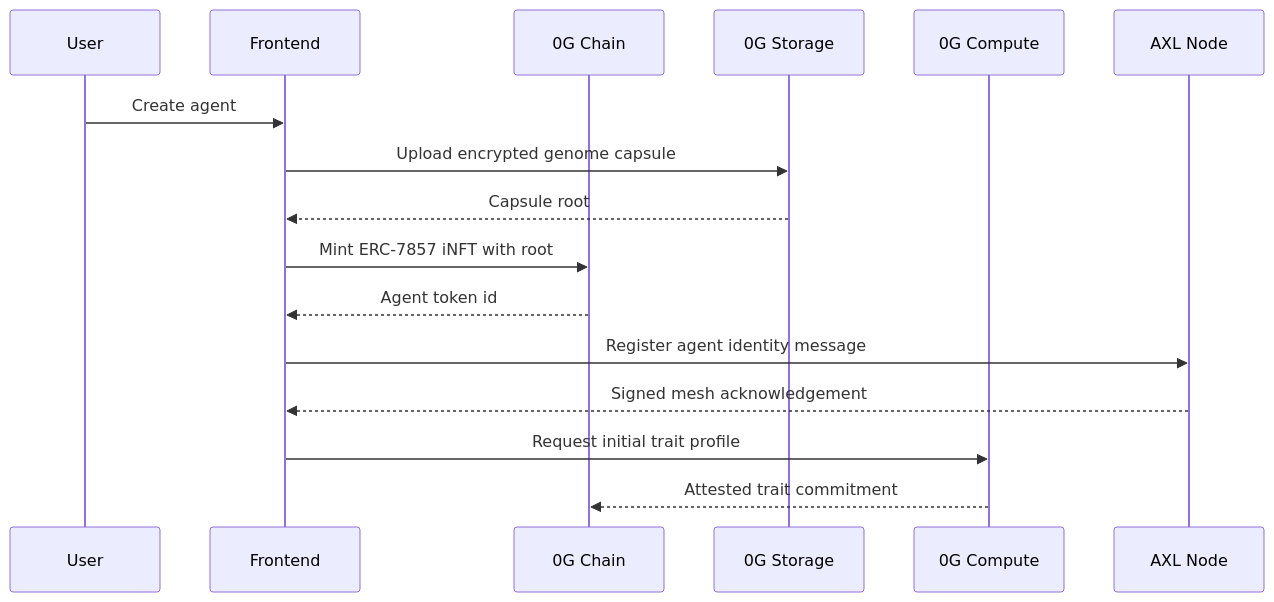
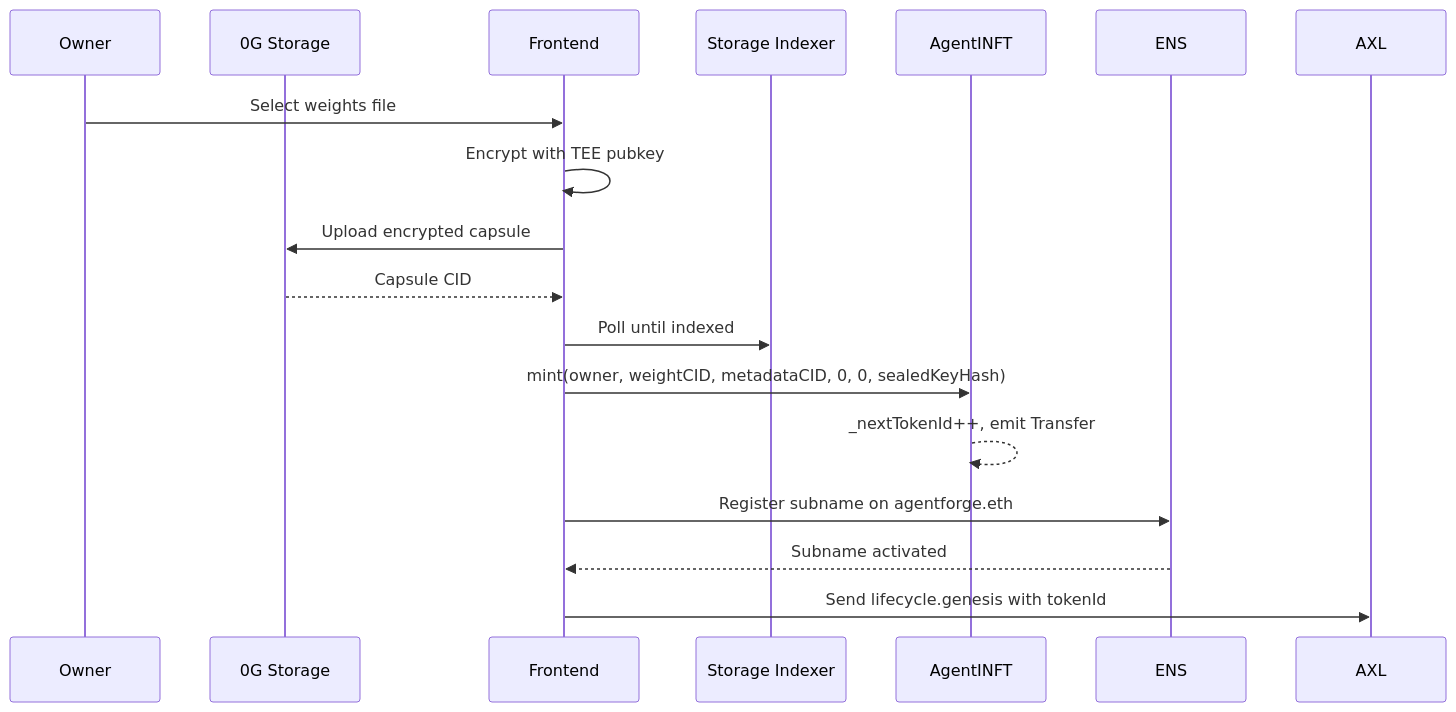
One commit to kamalbuilds/agentforge changed the second of 4 diagrams in ARCHITECTURE.md. Above: the diagram before and after it, drawn with Mermaid. The commit also changed other lines of this file and 2 other files, not shown here.

First line of the commit message:
docs(architecture): full contract and protocol design - sequence diagrams, gas profiles, ERC-7857 compliance

````diff
--- a/ARCHITECTURE.md
+++ b/ARCHITECTURE.md
@@ -21,19 +60,20 @@
 ```mermaid
 sequenceDiagram
-  participant User
+  participant Owner
+  participant Storage as 0G Storage
   participant Frontend
-  participant Chain as 0G Chain
-  participant Storage as 0G Storage
-  participant Compute as 0G Compute
-  participant AXL as AXL Node
+  participant Indexer as Storage Indexer
+  participant Chain as AgentINFT
+  participant ENS
 
-  User->>Frontend: Create agent
-  Frontend->>Storage: Upload encrypted genome capsule
-  Storage-->>Frontend: Capsule root
-  Frontend->>Chain: Mint ERC-7857 iNFT with root
-  Chain-->>Frontend: Agent token id
-  Frontend->>AXL: Register agent identity message
-  AXL-->>Frontend: Signed mesh acknowledgement
-  Frontend->>Compute: Request initial trait profile
-  Compute-->>Chain: Attested trait commitment
+  Owner->>Frontend: Select weights file
+  Frontend->>Frontend: Encrypt with TEE pubkey
+  Frontend->>Storage: Upload encrypted capsule
+  Storage-->>Frontend: Capsule CID
+  Frontend->>Indexer: Poll until indexed
+  Frontend->>Chain: mint(owner, weightCID, metadataCID, 0, 0, sealedKeyHash)
+  Chain-->>Chain: _nextTokenId++, emit Transfer
+  Frontend->>ENS: Register subname on agentforge.eth
+  ENS-->>Frontend: Subname activated
+  Frontend->>AXL: Send lifecycle.genesis with tokenId
 ```
````
